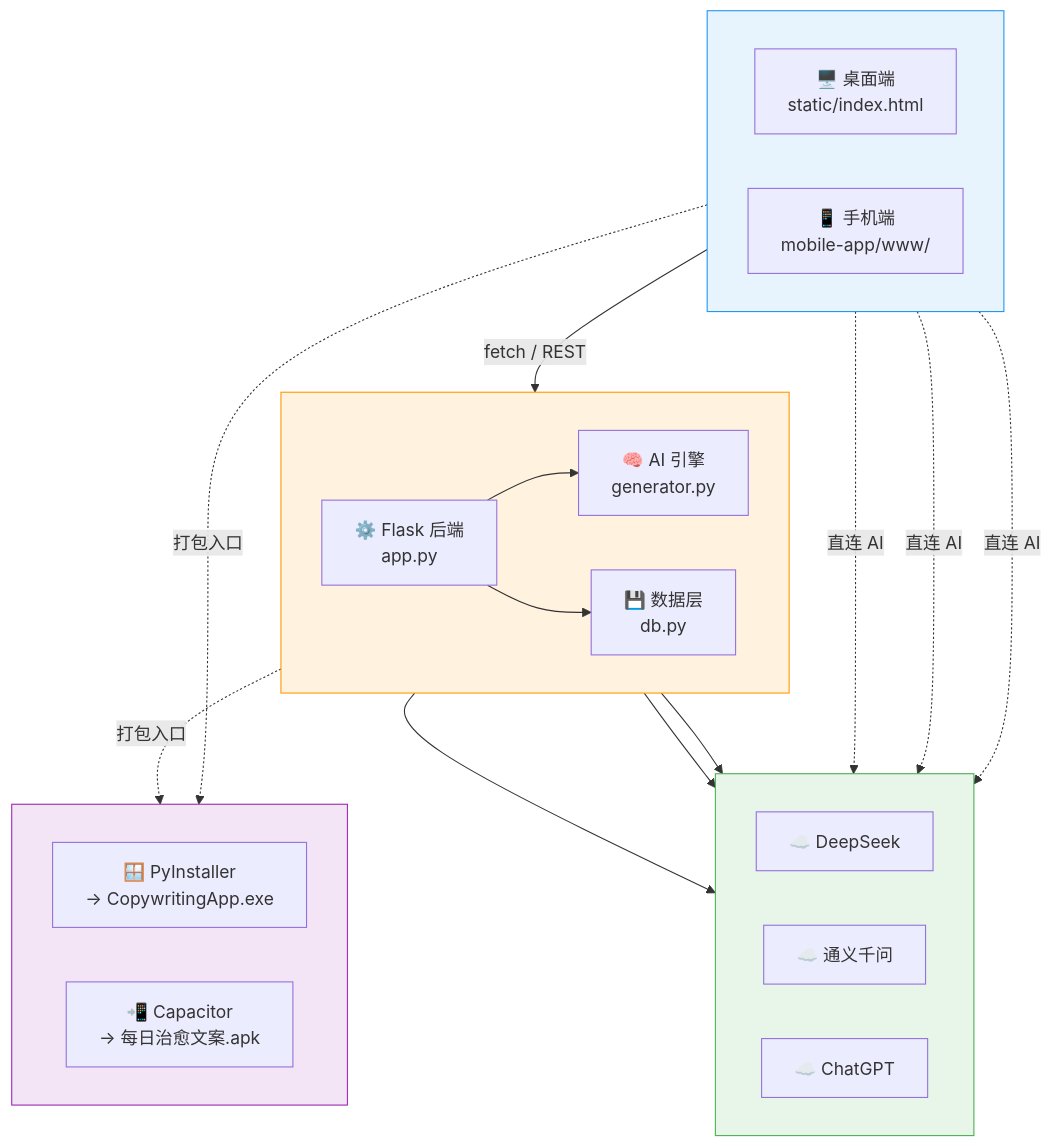
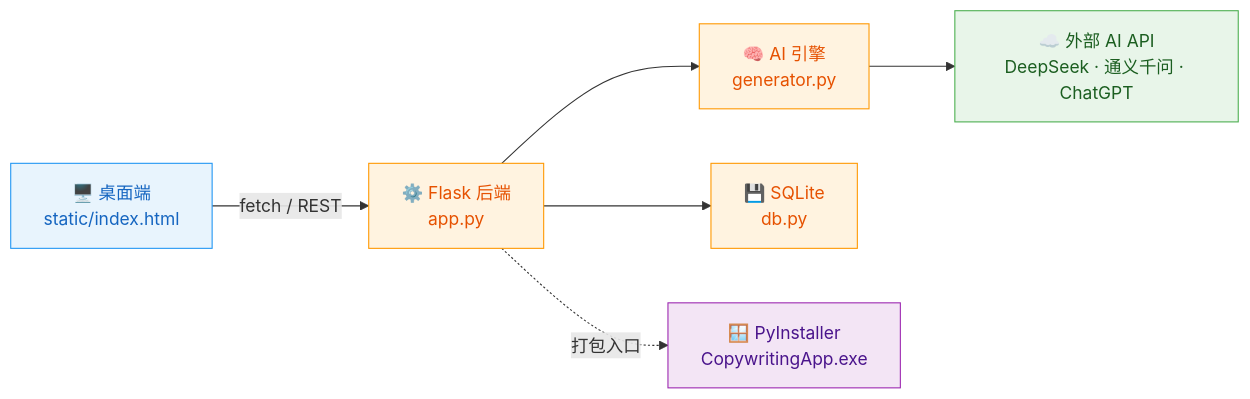
One commit to Shen-coderhorse/Copywriting-Generation changed the first of 2 diagrams in README.md. Above: the diagram before and after it, drawn with Mermaid. The commit also changed other lines of this file, not shown here.

Commit message:
🎨 修复 Logo（改用 shields.io for-the-badge）+ 重构架构图（拆分为两个独立零交叉的 LR 流程图）

````diff
--- a/README.md
+++ b/README.md
@@ -125,45 +127,23 @@
 ```mermaid
-flowchart TB
-    subgraph TOP[" "]
-        direction LR
-        A1["🖥️ 桌面端<br/>static/index.html"]
-        A2["📱 手机端<br/>mobile-app/www/"]
-    end
+flowchart LR
+    A["🖥️ 桌面端<br/>static/index.html"]
+    B["⚙️ Flask 后端<br/>app.py"]
+    C["🧠 AI 引擎<br/>generator.py"]
+    D["☁️ 外部 AI API<br/>DeepSeek · 通义千问 · ChatGPT"]
 
-    subgraph MID[" "]
-        direction LR
-        B1["⚙️ Flask 后端<br/>app.py"]
-        B2["🧠 AI 引擎<br/>generator.py"]
-        B3["💾 数据层<br/>db.py"]
-    end
- 
-    subgraph BOT[" "]
-        direction LR
-        D1["☁️ DeepSeek"]
-        D2["☁️ 通义千问"]
-        D3["☁️ ChatGPT"]
-    end
+    E["💾 SQLite<br/>db.py"]
+    F["🪟 PyInstaller<br/>CopywritingApp.exe"]
 
-    subgraph PKG[" "]
-        direction LR
-        C1["🪟 PyInstaller<br/>→ CopywritingApp.exe"]
-        C2["📲 Capacitor<br/>→ 每日治愈文案.apk"]
-    end
+    A -->|"fetch / REST"| B
+    B --> C
+    C --> D
+    B --> E
+    B -.->|"打包入口"| F
 
-    A1 -->|"fetch / REST"| B1
-    B1 --> B2
-    B1 --> B3
-    B1 -.->|"打包入口"| C1
-    A2 -.->|"打包入口"| C2
-    B2 --> D1
-    B2 --> D2
-    B2 --> D3
-    A2 -.->|"直连 AI"| D1
-    A2 -.->|"直连 AI"| D2
-    A2 -.->|"直连 AI"| D3
-
-    style TOP fill:#E8F4FD,stroke:#2196F3,color:#1565C0
-    style MID fill:#FFF3E0,stroke:#FF9800,color:#E65100
-    style BOT fill:#E8F5E9,stroke:#4CAF50,color:#1B5E20
-    style PKG fill:#F3E5F5,stroke:#9C27B0,color:#4A148C
+    style A fill:#E8F4FD,stroke:#2196F3,color:#1565C0
+    style B fill:#FFF3E0,stroke:#FF9800,color:#E65100
+    style C fill:#FFF3E0,stroke:#FF9800,color:#E65100
+    style D fill:#E8F5E9,stroke:#4CAF50,color:#1B5E20
+    style E fill:#FFF3E0,stroke:#FF9800,color:#E65100
+    style F fill:#F3E5F5,stroke:#9C27B0,color:#4A148C
 ```
````
